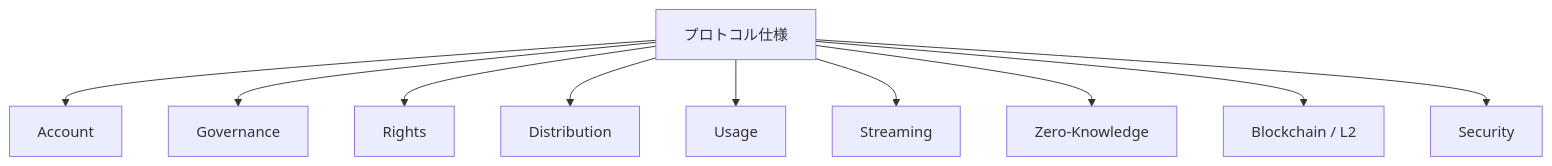
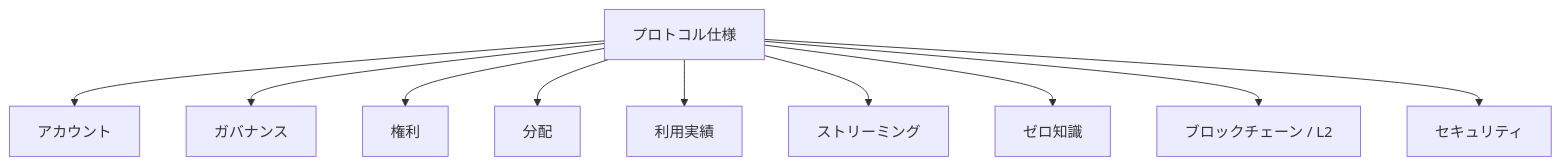
The second of 5 diagrams in docs/protocol/index.md (ShigeichiroYamasaki/creator-first-platform), drawn with Mermaid before and after one commit. The commit also changed other lines of this file and 72 other files, not shown here.

````diff
--- a/docs/protocol/index.md
+++ b/docs/protocol/index.md
@@ -124,14 +124,14 @@
 ```mermaid
 flowchart TD
     PROTOCOL[プロトコル仕様]
 
-    PROTOCOL --> ACCOUNT[Account]
-    PROTOCOL --> GOV[Governance]
-    PROTOCOL --> RIGHTS[Rights]
-    PROTOCOL --> DIST[Distribution]
-    PROTOCOL --> USAGE[Usage]
-    PROTOCOL --> STREAM[Streaming]
-    PROTOCOL --> ZK[Zero-Knowledge]
-    PROTOCOL --> CHAIN[Blockchain / L2]
-    PROTOCOL --> SEC[Security]
+    PROTOCOL --> ACCOUNT[アカウント]
+    PROTOCOL --> GOV[ガバナンス]
+    PROTOCOL --> RIGHTS[権利]
+    PROTOCOL --> DIST[分配]
+    PROTOCOL --> USAGE[利用実績]
+    PROTOCOL --> STREAM[ストリーミング]
+    PROTOCOL --> ZK[ゼロ知識]
+    PROTOCOL --> CHAIN[ブロックチェーン / L2]
+    PROTOCOL --> SEC[セキュリティ]
 ```
````
